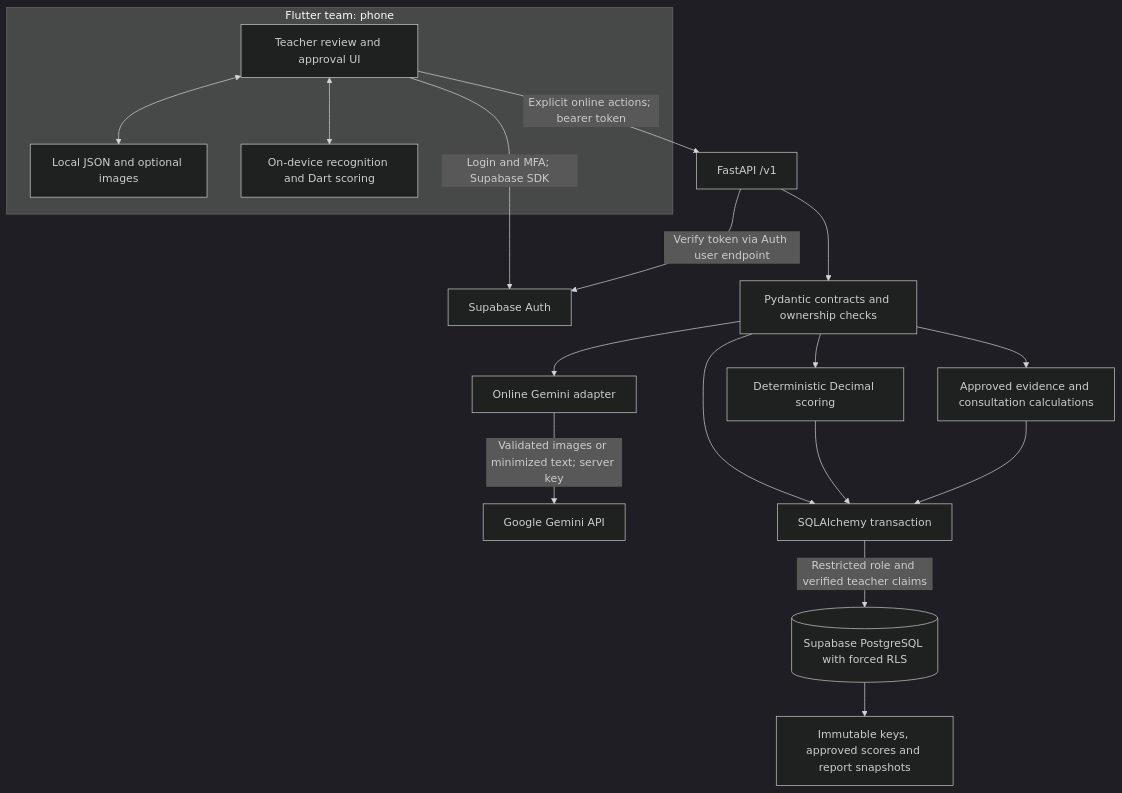
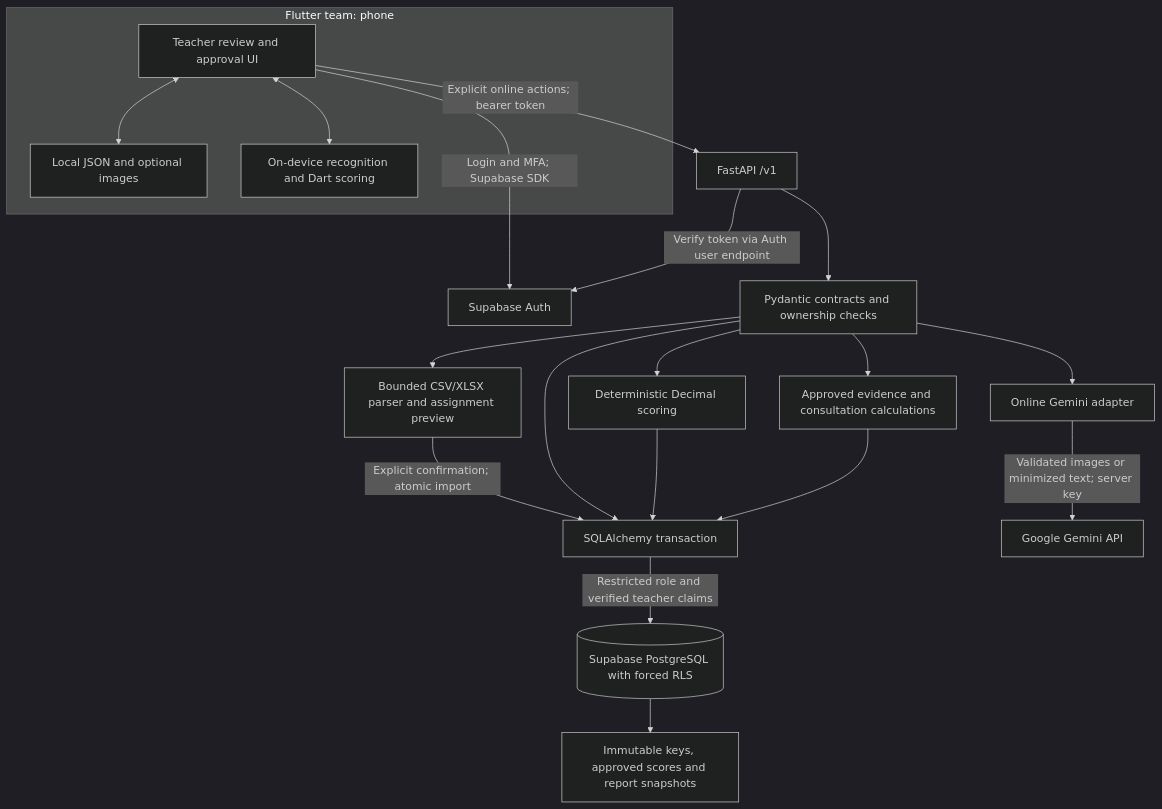
Before and after one commit to hrnndzzzz/GabAI-hackathon: the diagram in docs/architecture.md, drawn with Mermaid (dark theme). The commit also changed 34 other files, not shown here.

````diff
--- a/docs/architecture.md
+++ b/docs/architecture.md
@@ -3,23 +3,25 @@
 ```mermaid
 flowchart TD
   subgraph Phone[Flutter team: phone]
     UI[Teacher review and approval UI]
     Local[Local JSON and optional images]
     Recognition[On-device recognition and Dart scoring]
     UI <--> Local
     UI <--> Recognition
   end
   UI -->|Login and MFA; Supabase SDK| Auth[Supabase Auth]
   UI -->|Explicit online actions; bearer token| API[FastAPI /v1]
   API -->|Verify token via Auth user endpoint| Auth
   API --> Validation[Pydantic contracts and ownership checks]
   Validation --> Score[Deterministic Decimal scoring]
   Validation --> Reports[Approved evidence and consultation calculations]
+  Validation --> Roster[Bounded CSV/XLSX parser and assignment preview]
+  Roster -->|Explicit confirmation; atomic import| Transaction
   Validation --> Online[Online Gemini adapter]
   Online -->|Validated images or minimized text; server key| Gemini[Google Gemini API]
   Validation --> Transaction[SQLAlchemy transaction]
   Score --> Transaction
   Reports --> Transaction
   Transaction -->|Restricted role and verified teacher claims| DB[(Supabase PostgreSQL with forced RLS)]
   DB --> History[Immutable keys, approved scores and report snapshots]
 ```
````
